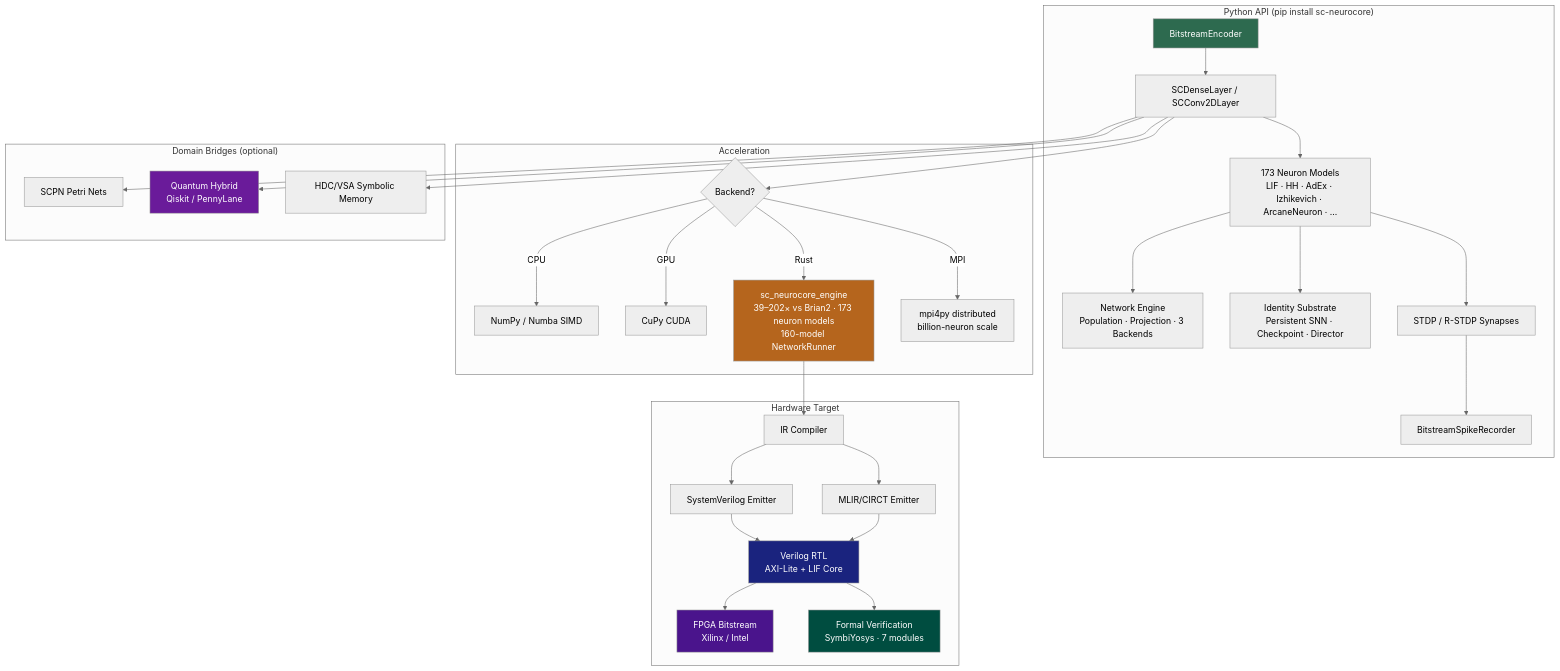
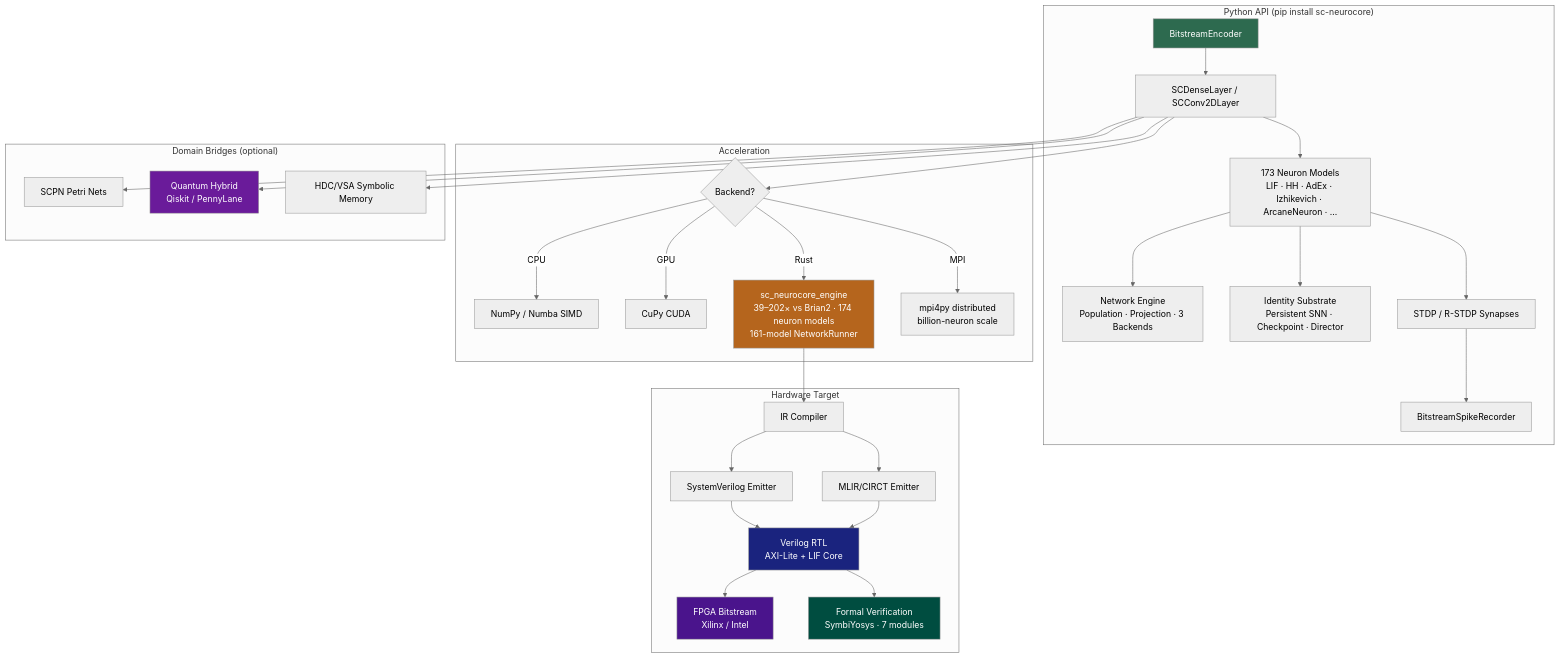
One commit to anulum/sc-neurocore changed the third of 3 diagrams in README.md. Above: the diagram before and after it, drawn with Mermaid (neutral theme). The commit also changed other lines of this file and 95 other files, not shown here.

````diff
--- a/README.md
+++ b/README.md
@@ -549,42 +549,42 @@
 ```mermaid
 graph TD
     subgraph "Python API (pip install sc-neurocore)"
         A[BitstreamEncoder] --> B[SCDenseLayer / SCConv2DLayer]
         B --> C[173 Neuron Models<br/>LIF · HH · AdEx · Izhikevich · ArcaneNeuron · ...]
         C --> NET[Network Engine<br/>Population · Projection · 3 Backends]
         C --> ID[Identity Substrate<br/>Persistent SNN · Checkpoint · Director]
         C --> D[STDP / R-STDP Synapses]
         D --> E[BitstreamSpikeRecorder]
     end
 
     subgraph "Acceleration"
         B --> F{Backend?}
         F -->|CPU| G[NumPy / Numba SIMD]
         F -->|GPU| H[CuPy CUDA]
-        F -->|Rust| I[sc_neurocore_engine<br/>39–202× vs Brian2 · 173 neuron models<br/>160-model NetworkRunner]
+        F -->|Rust| I[sc_neurocore_engine<br/>39–202× vs Brian2 · 174 neuron models<br/>161-model NetworkRunner]
         F -->|MPI| MPI[mpi4py distributed<br/>billion-neuron scale]
     end
 
     subgraph "Hardware Target"
         I --> J[IR Compiler]
         J --> K[SystemVerilog Emitter]
         J --> K2[MLIR/CIRCT Emitter]
         K --> L[Verilog RTL<br/>AXI-Lite + LIF Core]
         K2 --> L
         L --> M[FPGA Bitstream<br/>Xilinx / Intel]
         L --> V[Formal Verification<br/>SymbiYosys · 7 modules]
     end
 
     subgraph "Domain Bridges (optional)"
         B --> N[SCPN Petri Nets]
         B --> O[Quantum Hybrid<br/>Qiskit / PennyLane]
         B --> P[HDC/VSA Symbolic Memory]
     end
 
     style A fill:#2d6a4f,color:#fff
     style I fill:#b5651d,color:#fff
     style L fill:#1a237e,color:#fff
     style M fill:#4a148c,color:#fff
     style O fill:#6a1b9a,color:#fff
     style V fill:#004d40,color:#fff
 ```
````
